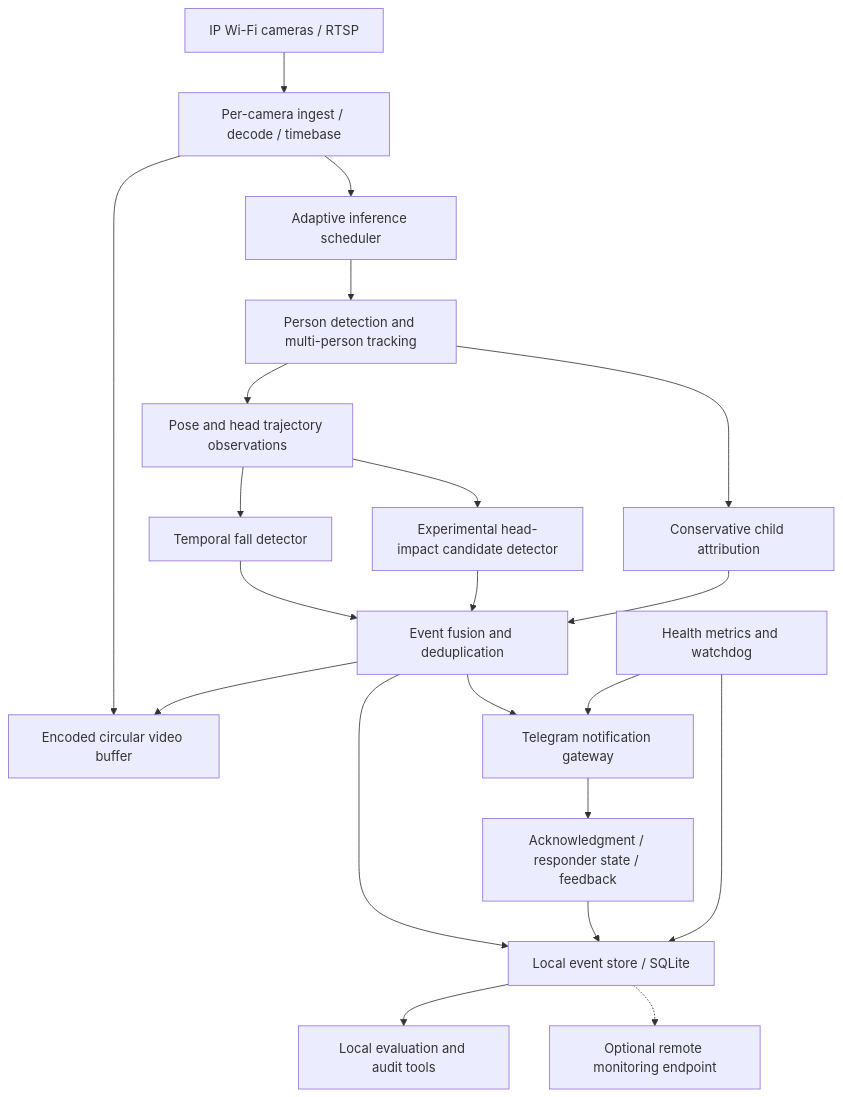
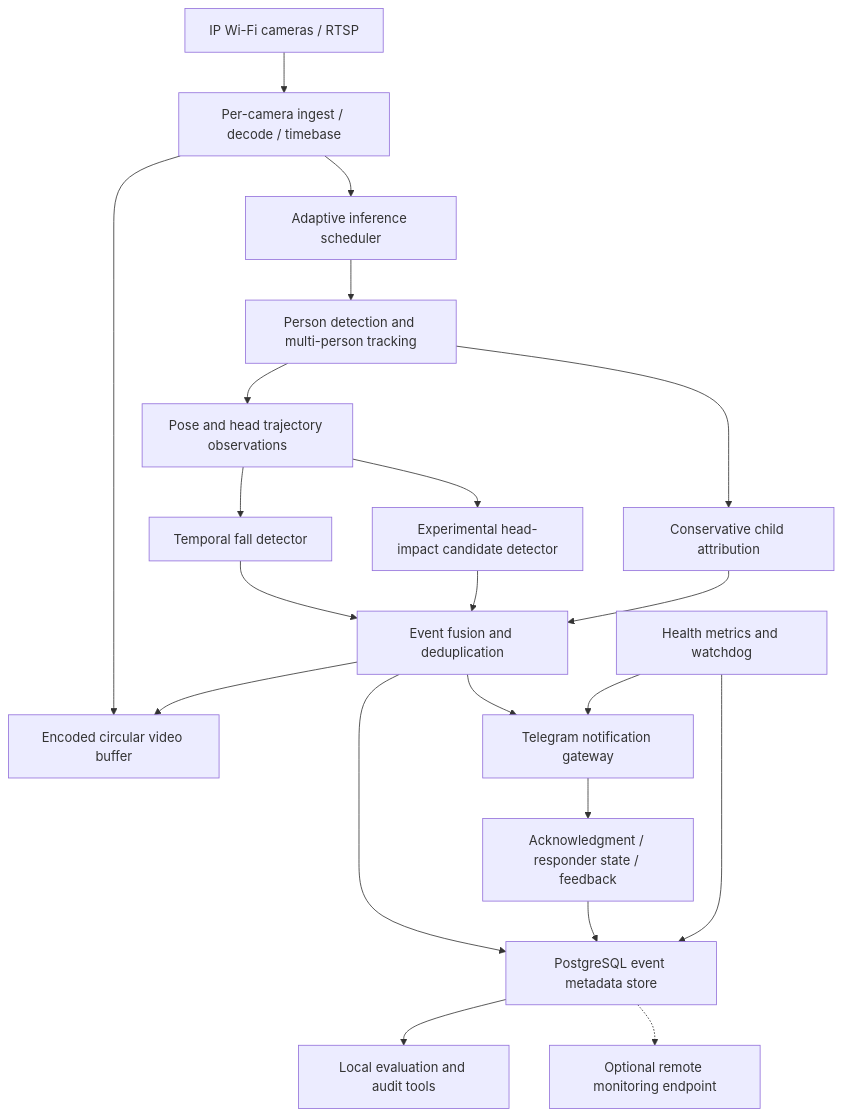
One commit to HeitorTomaz/fall-impact-monitor changed the diagram in docs/ARCHITECTURE.md. Above: the diagram before and after it, drawn with Mermaid. The commit also changed other lines of this file, not shown here.

Commit message:
docs: adopt Docker Compose and PostgreSQL in generic architecture

```diff
--- a/docs/ARCHITECTURE.md
+++ b/docs/ARCHITECTURE.md
@@ -72,23 +72,23 @@
 ~~~mermaid
 flowchart TD
     CAM["IP Wi-Fi cameras / RTSP"] --> ING["Per-camera ingest / decode / timebase"]
     ING --> BUF["Encoded circular video buffer"]
     ING --> SCHED["Adaptive inference scheduler"]
     SCHED --> DET["Person detection and multi-person tracking"]
     DET --> POSE["Pose and head trajectory observations"]
     POSE --> FALL["Temporal fall detector"]
     POSE --> HEAD["Experimental head-impact candidate detector"]
     DET --> CHILD["Conservative child attribution"]
     FALL --> FUSE["Event fusion and deduplication"]
     HEAD --> FUSE
     CHILD --> FUSE
-    FUSE --> EV["Local event store / SQLite"]
+    FUSE --> EV["PostgreSQL event metadata store"]
     FUSE --> BUF
     FUSE --> ALERT["Telegram notification gateway"]
     ALERT --> ACK["Acknowledgment / responder state / feedback"]
     ACK --> EV
     HEALTH["Health metrics and watchdog"] --> EV
     HEALTH --> ALERT
     EV --> REPORT["Local evaluation and audit tools"]
     EV -.-> REMOTE["Optional remote monitoring endpoint"]
 ~~~
```
